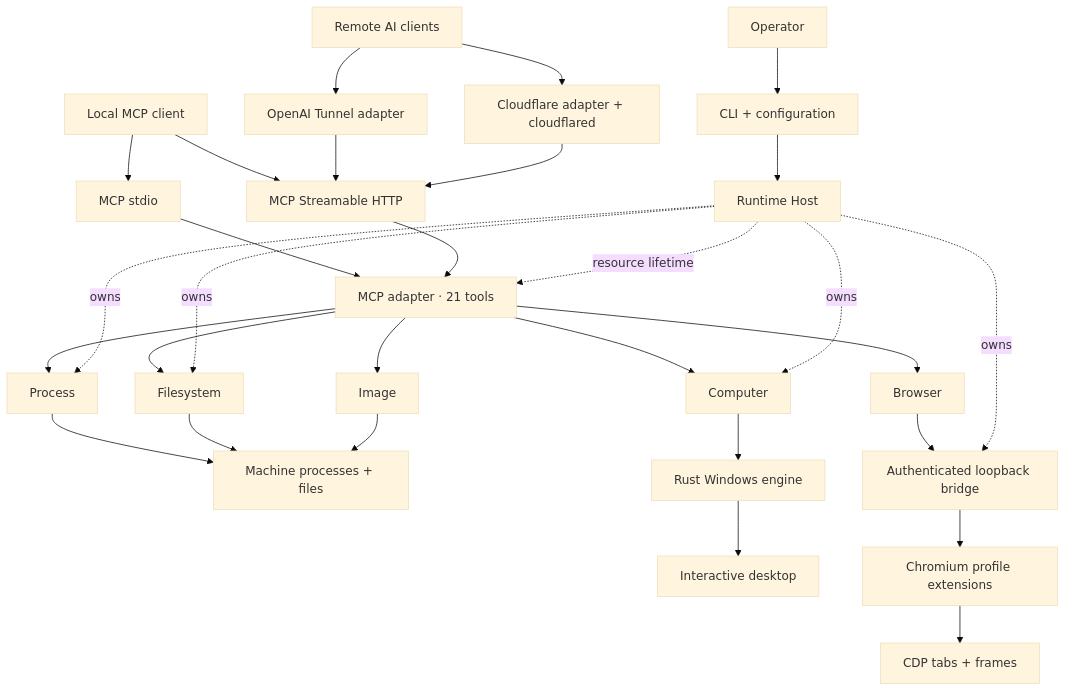
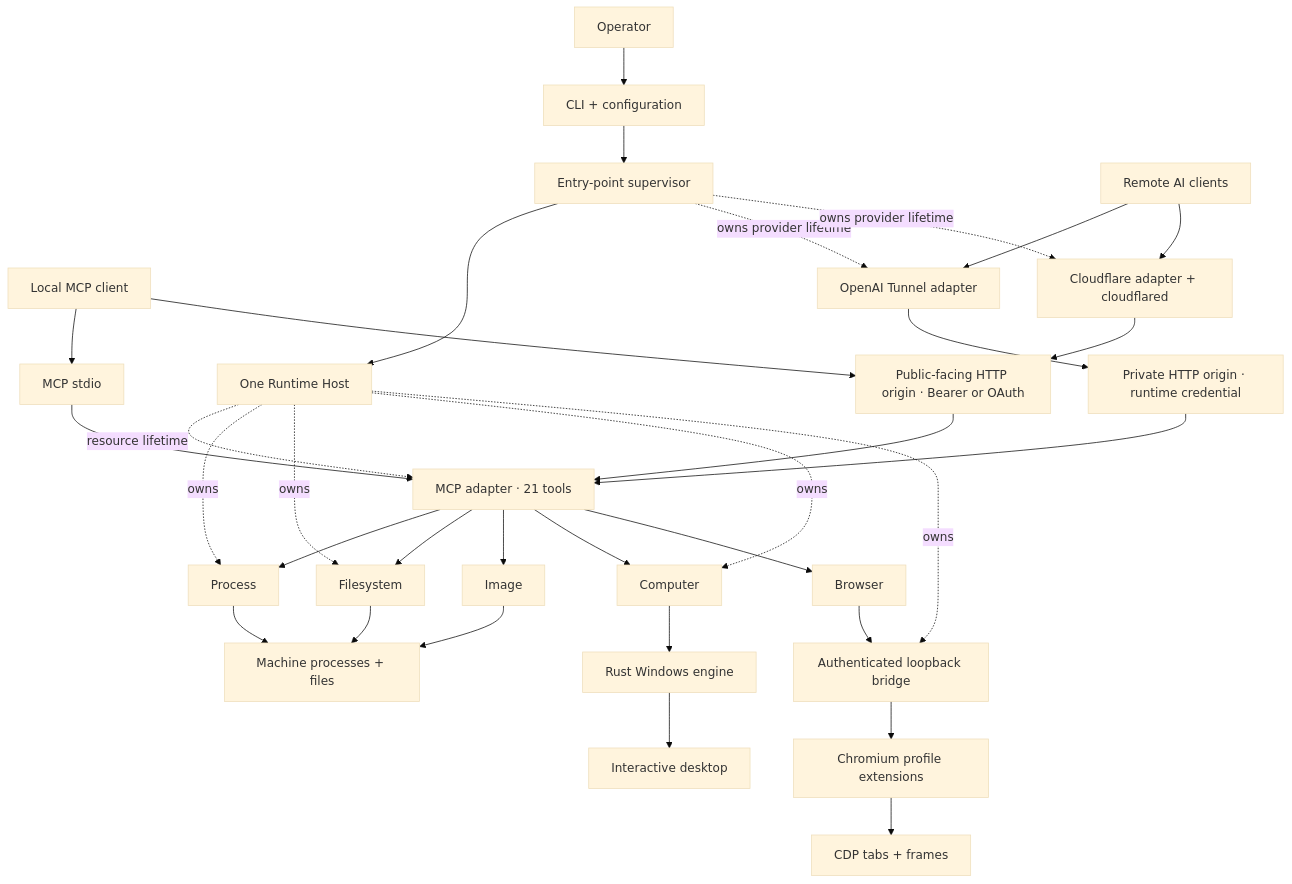
One commit to hicancan/local-runtime-mcp changed the first of 7 diagrams in README.md. Above: the diagram before and after it, drawn with Mermaid (base theme). The commit also changed other lines of this file and 36 other files, not shown here.

Commit message:
feat: share one runtime across tunnels and add owner-approved OAuth

````diff
--- a/README.md
+++ b/README.md
@@ -24,31 +25,35 @@
 ```mermaid
 flowchart TB
     Operator[Operator] --> CLI[CLI + configuration]
-    CLI --> Host[Runtime Host]
+    CLI --> Supervisor[Entry-point supervisor]
+    Supervisor --> Host[One Runtime Host]
     Local[Local MCP client] --> Stdio[MCP stdio]
-    Local --> HTTP[MCP Streamable HTTP]
+    Local --> Public[Public-facing HTTP origin · Bearer or OAuth]
     Remote[Remote AI clients] --> OpenAI[OpenAI Tunnel adapter]
     Remote --> Cloudflare[Cloudflare adapter + cloudflared]
-    OpenAI --> HTTP
-    Cloudflare --> HTTP
+    OpenAI --> Private[Private HTTP origin · runtime credential]
+    Cloudflare --> Public
     Stdio --> MCP[MCP adapter · 21 tools]
-    HTTP --> MCP
+    Private --> MCP
+    Public --> MCP
     MCP --> Process[Process]
     MCP --> Files[Filesystem]
     MCP --> Image[Image]
     MCP --> Computer[Computer]
     MCP --> Browser[Browser]
     Process --> Machine[Machine processes + files]
     Files --> Machine
     Image --> Machine
     Computer --> Native[Rust Windows engine]
     Native --> Desktop[Interactive desktop]
     Browser --> Bridge[Authenticated loopback bridge]
     Bridge --> Profiles[Chromium profile extensions]
     Profiles --> CDP[CDP tabs + frames]
     Host -. resource lifetime .-> MCP
     Host -. owns .-> Process
     Host -. owns .-> Files
     Host -. owns .-> Computer
     Host -. owns .-> Bridge
+    Supervisor -. owns provider lifetime .-> OpenAI
+    Supervisor -. owns provider lifetime .-> Cloudflare
 ```
````
